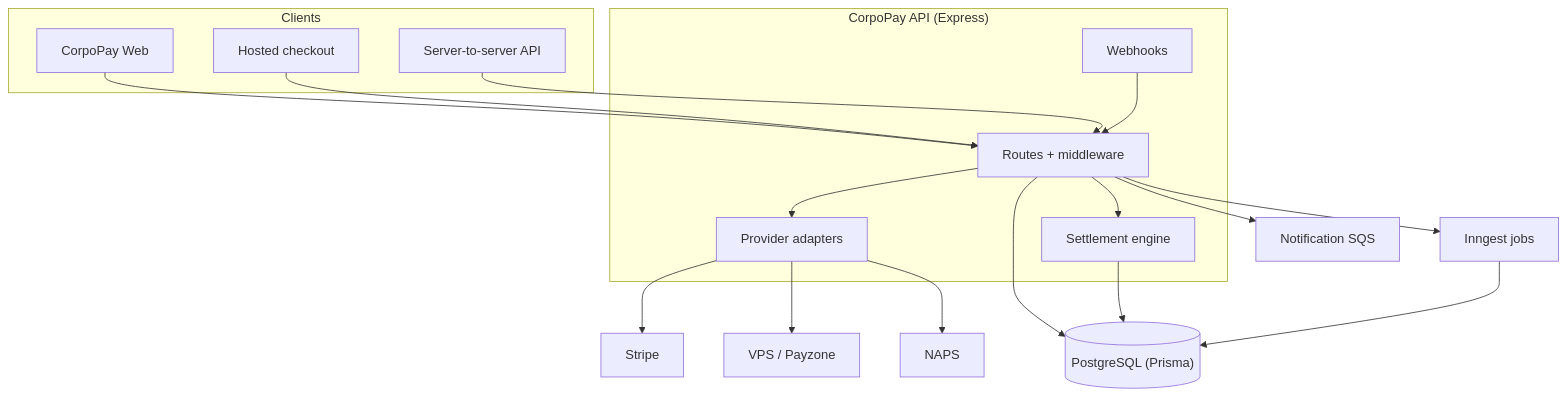
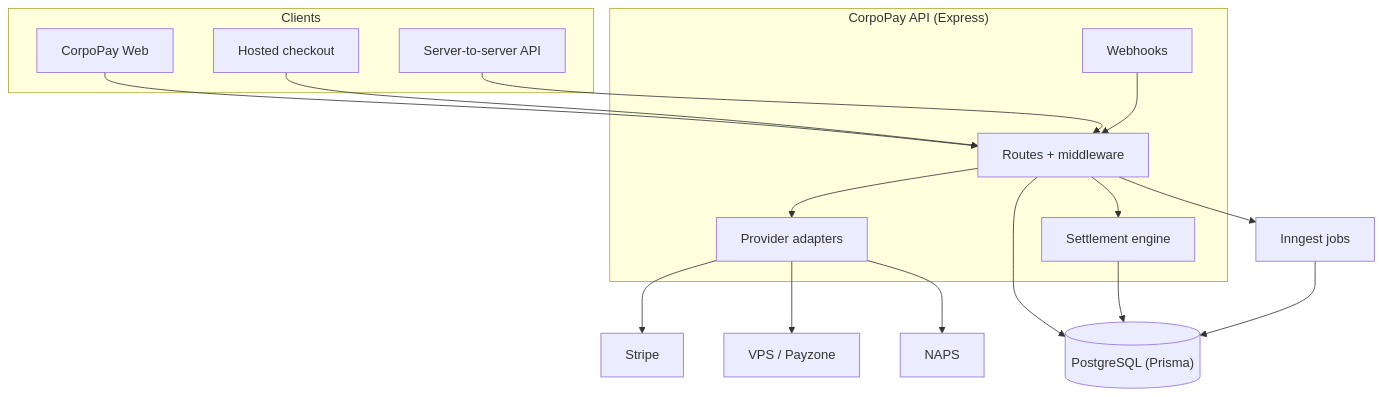
One commit to CorpoPay/corpopay-api changed the diagram in README.md. Above: the diagram before and after it, drawn with Mermaid. The commit also changed other lines of this file and 16 other files, not shown here.

````diff
--- a/README.md
+++ b/README.md
@@ -16,33 +16,32 @@
 ```mermaid
 flowchart TB
     subgraph Clients
         Web["CorpoPay Web"]
         Checkout["Hosted checkout"]
         S2S["Server-to-server API"]
     end
 
     subgraph Core["CorpoPay API (Express)"]
         Routes["Routes + middleware"]
         Adapters["Provider adapters"]
         Settlement["Settlement engine"]
         Webhooks["Webhooks"]
     end
 
     Web --> Routes
     Checkout --> Routes
     S2S --> Routes
 
     Routes --> Adapters
     Routes --> Settlement
     Webhooks --> Routes
 
     Adapters --> Stripe["Stripe"]
     Adapters --> VPS["VPS / Payzone"]
     Adapters --> NAPS["NAPS"]
 
     Routes --> DB[("PostgreSQL (Prisma)")]
     Settlement --> DB
     Routes --> Jobs["Inngest jobs"]
     Jobs --> DB
-    Routes --> SQS["Notification SQS"]
 ```
````
